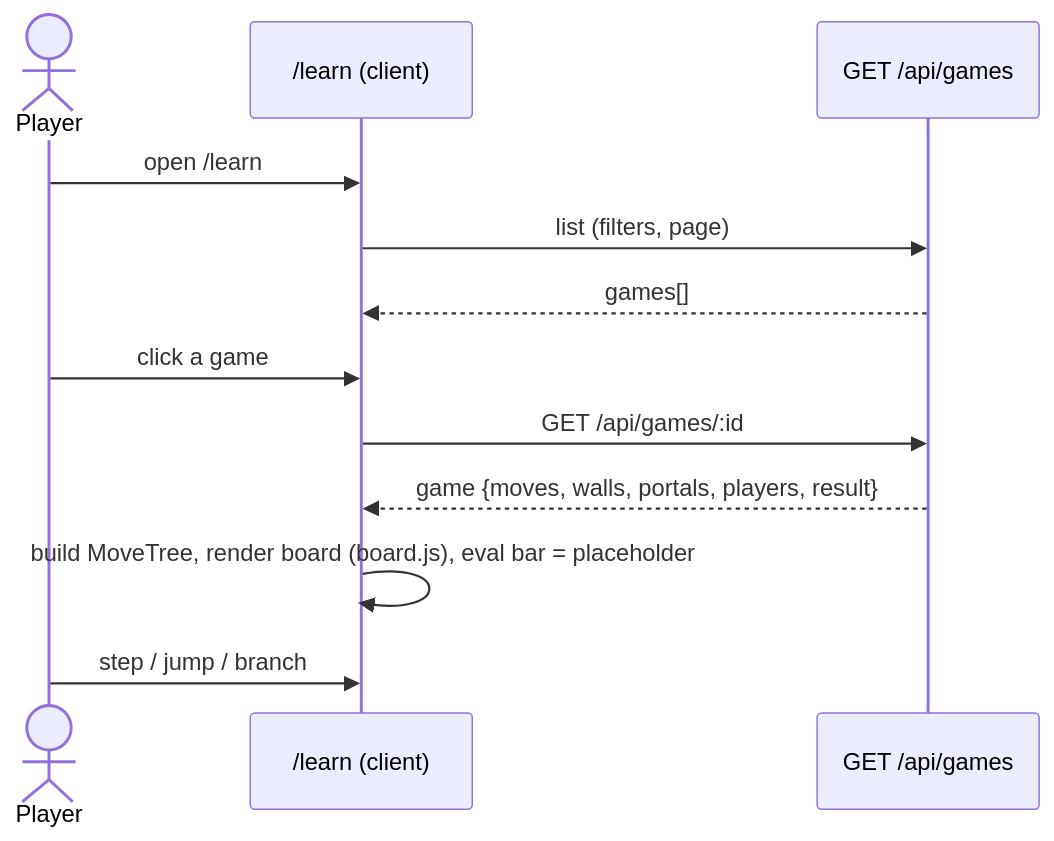
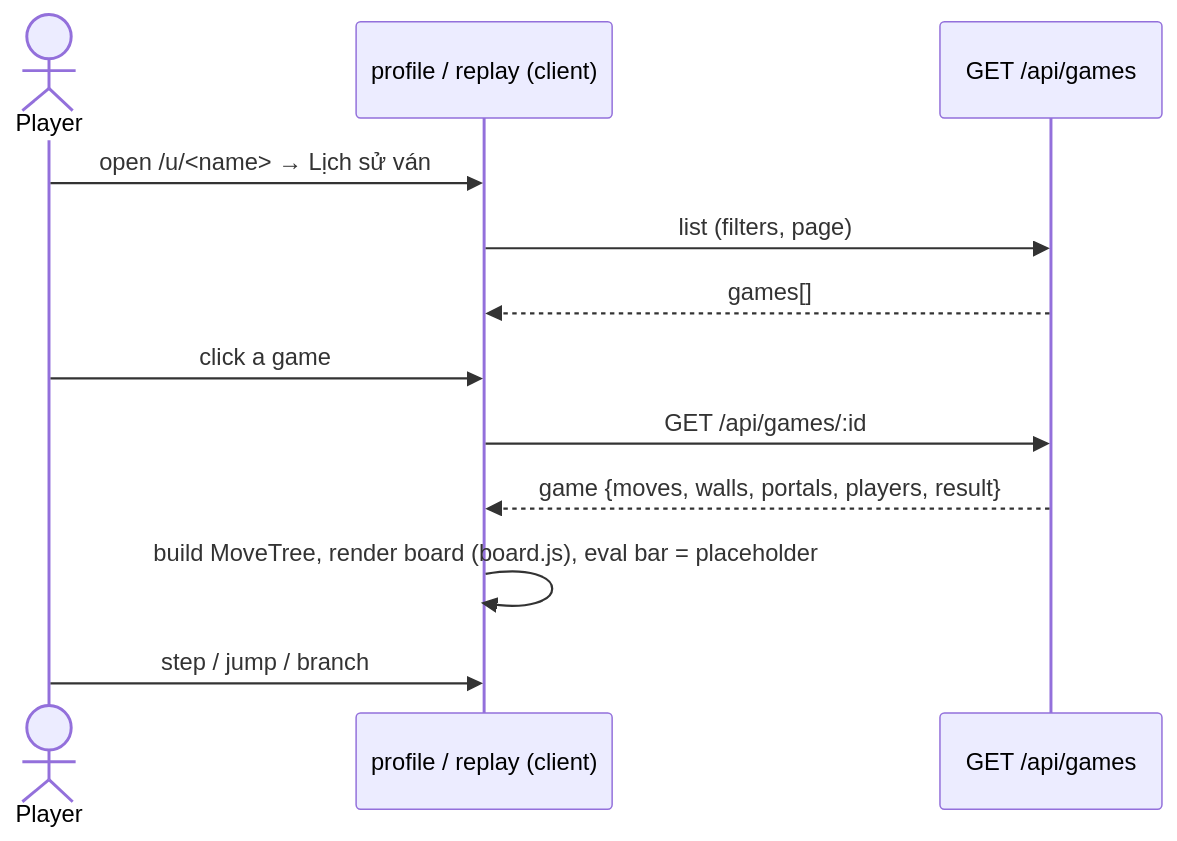
Before and after one commit to nguyencongminh090/gomoku-vn: the diagram in features/learn/diagram/uml_diagram/sequence.md, drawn with Mermaid. The commit also changed other lines of this file and 6 other files, not shown here.

First line of the commit message:
docs(#201,#202): R7 Learn decisions (puzzles + forum, history → profile)

````diff
--- a/features/learn/diagram/uml_diagram/sequence.md
+++ b/features/learn/diagram/uml_diagram/sequence.md
@@ -2,14 +2,14 @@
 ```mermaid
 sequenceDiagram
   actor P as Player
-  participant L as /learn (client)
+  participant L as profile / replay (client)
   participant API as GET /api/games
-  P->>L: open /learn#tab=history
+  P->>L: open /u/<name> → Lịch sử ván
   L->>API: list (filters, page)
   API-->>L: games[]
   P->>L: click a game
   L->>API: GET /api/games/:id
   API-->>L: game {moves, walls, portals, players, result}
   L->>L: build MoveTree, render board (board.js), eval bar = placeholder
   P->>L: step / jump / branch
 ```
````
